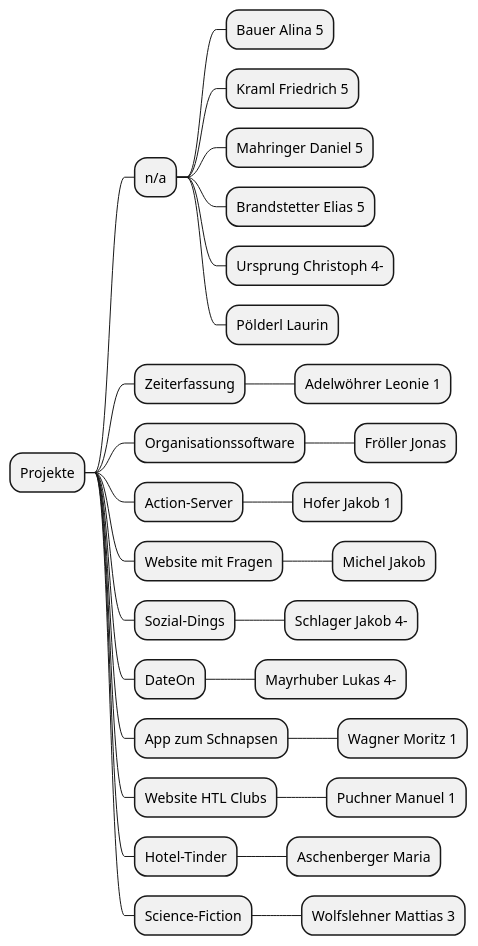
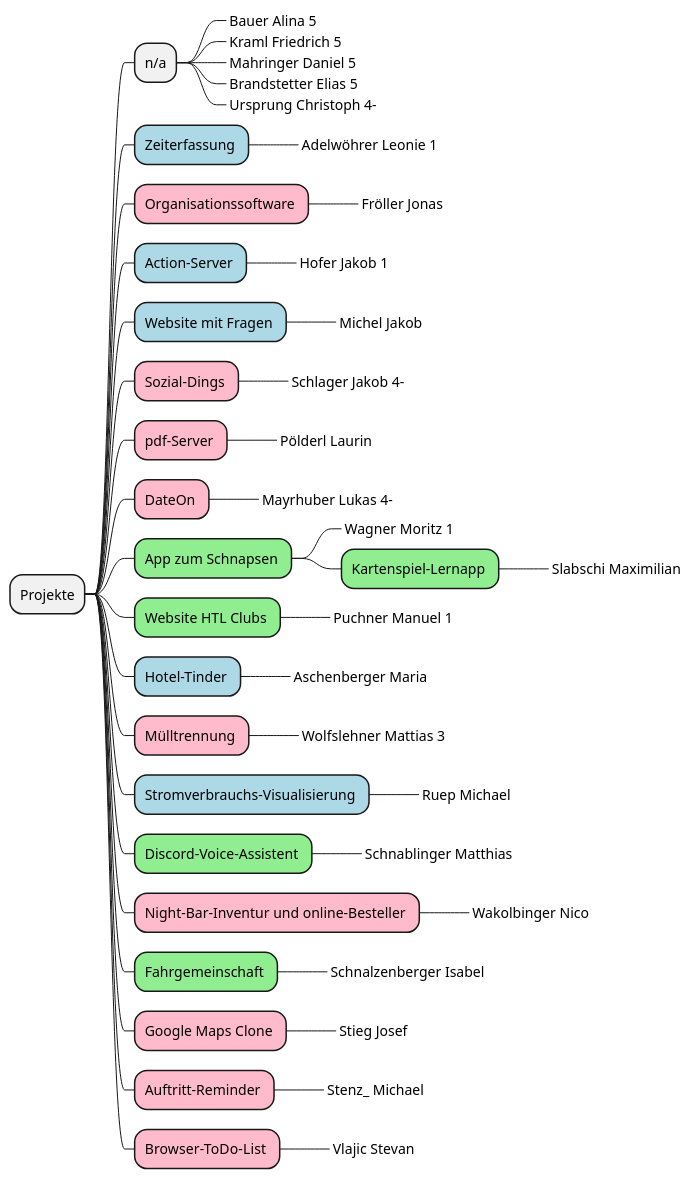
Before and after one commit to 2223-3ahitm-itp/2223-3ahitm-itp-lecture-notes: the diagram in asciidocs/plantuml/projektantrag.puml, drawn with PlantUML. The commit also changed 1 other file, not shown here.

Commit message:
lecture 2022-10-17 (erkrankt und daher nicht stattgefunden)

```diff
--- a/asciidocs/plantuml/projektantrag.puml
+++ b/asciidocs/plantuml/projektantrag.puml
@@ -1,38 +1,65 @@
 @startmindmap
-
+<style>
+mindmapDiagram {
+  .green {
+    BackgroundColor lightgreen
+  }
+  .rose {
+    BackgroundColor #FFBBCC
+  }
+  .blue {
+    BackgroundColor lightblue
+  }
+}
+</style>
 * Projekte
 ** n/a
-*** Bauer Alina 5
-*** Kraml Friedrich 5
-*** Mahringer Daniel 5
-*** Brandstetter Elias 5
-*** Ursprung Christoph 4-
-*** Pölderl Laurin
-
-
-** Zeiterfassung
-*** Adelwöhrer Leonie 1
-** Organisationssoftware
-*** Fröller Jonas
-** Action-Server
-*** Hofer Jakob 1
-** Website mit Fragen
-*** Michel Jakob
-** Sozial-Dings
-*** Schlager Jakob 4-
-** DateOn
-*** Mayrhuber Lukas 4-
-** App zum Schnapsen
-*** Wagner Moritz 1
-** Website HTL Clubs
-*** Puchner Manuel 1
-** Hotel-Tinder
-*** Aschenberger Maria
-** Science-Fiction
-*** Wolfslehner Mattias 3
+***_ Bauer Alina 5
+***_ Kraml Friedrich 5
+***_ Mahringer Daniel 5
+***_ Brandstetter Elias 5
+***_ Ursprung Christoph 4-
 
 
 
+** Zeiterfassung <<blue>>
+***_ Adelwöhrer Leonie 1
+** Organisationssoftware <<rose>>
+***_ Fröller Jonas
+** Action-Server <<blue>>
+***_ Hofer Jakob 1
+** Website mit Fragen <<blue>>
+***_ Michel Jakob
+** Sozial-Dings <<rose>>
+***_ Schlager Jakob 4-
+** pdf-Server <<rose>>
+***_ Pölderl Laurin
+** DateOn <<rose>>
+***_ Mayrhuber Lukas 4-
+** App zum Schnapsen <<green>>
+***_ Wagner Moritz 1
+*** Kartenspiel-Lernapp <<green>>
+****_ Slabschi Maximilian
+** Website HTL Clubs <<green>>
+***_ Puchner Manuel 1
+** Hotel-Tinder <<blue>>
+***_ Aschenberger Maria
+** Mülltrennung <<rose>>
+***_ Wolfslehner Mattias 3
+** Stromverbrauchs-Visualisierung <<blue>>
+***_ Ruep Michael
+** Discord-Voice-Assistent <<green>>
+***_ Schnablinger Matthias
+** Night-Bar-Inventur und online-Besteller <<rose>>
+***_ Wakolbinger Nico
+** Fahrgemeinschaft <<green>>
+***_ Schnalzenberger Isabel
+** Google Maps Clone <<rose>>
+***_ Stieg Josef
+** Auftritt-Reminder <<rose>>
+***_ Stenz_ Michael
+** Browser-ToDo-List <<rose>>
+***_ Vlajic Stevan
 
 
 @endmindmap
```
